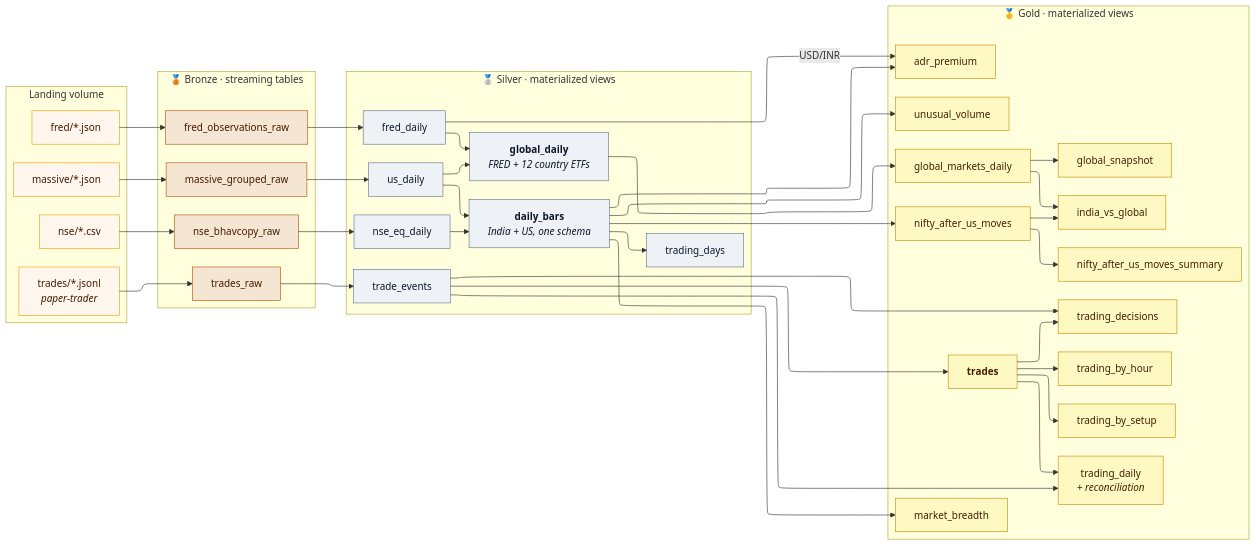
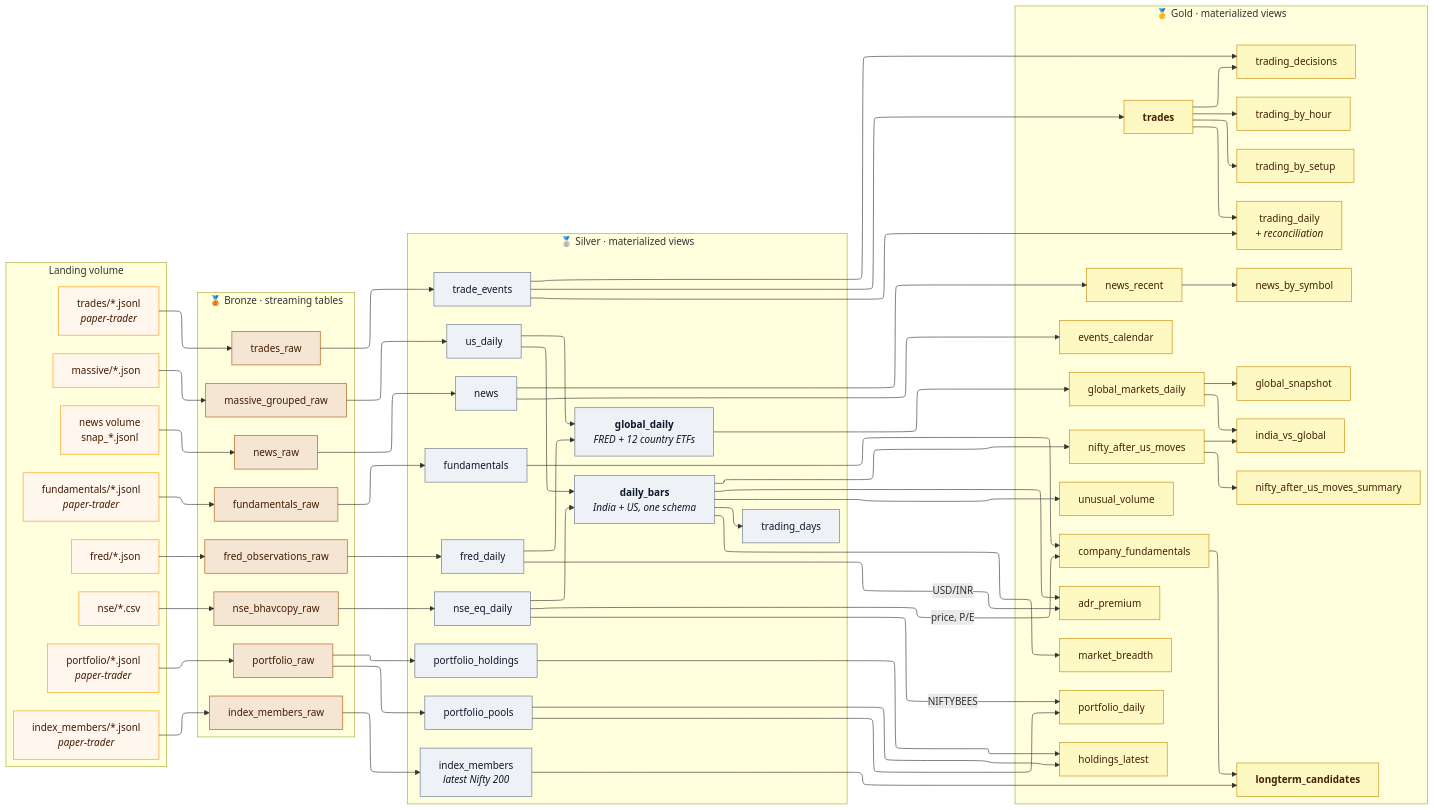
Before and after one commit to bumblebee26/stocks_lakehouse: the diagram in docs/diagrams/03_lineage.mmd, drawn with Mermaid. The commit also changed 18 other files, not shown here.

First line of the commit message:
Docs: news, portfolio, fundamentals and long-term tables in diagrams and docs; dashboard summaries and SQL check

```diff
--- a/docs/diagrams/03_lineage.mmd
+++ b/docs/diagrams/03_lineage.mmd
@@ -1,81 +1,114 @@
 ---
 config:
   layout: elk
   elk:
     mergeEdges: false
     nodePlacementStrategy: NETWORK_SIMPLEX
 ---
 flowchart LR
     subgraph LAND["Landing volume"]
         direction TB
         LN["nse/*.csv"]
         LM["massive/*.json"]
         LF["fred/*.json"]
         LT["trades/*.jsonl<br/><i>paper-trader</i>"]
+        LP["portfolio/*.jsonl<br/><i>paper-trader</i>"]
+        LU["fundamentals/*.jsonl<br/><i>paper-trader</i>"]
+        LI["index_members/*.jsonl<br/><i>paper-trader</i>"]
+        LW["news volume<br/>snap_*.jsonl"]
     end
 
     subgraph B["🥉 Bronze · streaming tables"]
         direction TB
         B1["nse_bhavcopy_raw"]
         B2["massive_grouped_raw"]
         B3["fred_observations_raw"]
         B4["trades_raw"]
+        B5["portfolio_raw"]
+        B6["fundamentals_raw"]
+        B7["index_members_raw"]
+        B8["news_raw"]
     end
 
     subgraph S["🥈 Silver · materialized views"]
         direction TB
         S1["nse_eq_daily"]
         S2["us_daily"]
         S3["<b>daily_bars</b><br/><i>India + US, one schema</i>"]
         S4["trading_days"]
         S5["fred_daily"]
         S6["<b>global_daily</b><br/><i>FRED + 12 country ETFs</i>"]
         S7["trade_events"]
+        S8["portfolio_pools"]
+        S9["portfolio_holdings"]
+        S10["fundamentals"]
+        S11["index_members<br/><i>latest Nifty 200</i>"]
+        S12["news"]
     end
 
     subgraph G["🥇 Gold · materialized views"]
         direction TB
         G1["unusual_volume"]
         G2["market_breadth"]
         G3["nifty_after_us_moves"]
         G4["nifty_after_us_moves_summary"]
         G5["adr_premium"]
         G6["global_markets_daily"]
         G7["global_snapshot"]
         G8["india_vs_global"]
         G9["<b>trades</b>"]
         G10["trading_daily<br/><i>+ reconciliation</i>"]
         G11["trading_by_setup"]
         G12["trading_by_hour"]
         G13["trading_decisions"]
+        G14["portfolio_daily"]
+        G15["holdings_latest"]
+        G16["company_fundamentals"]
+        G17["<b>longterm_candidates</b>"]
+        G18["news_recent"]
+        G19["news_by_symbol"]
+        G20["events_calendar"]
     end
 
     LN --> B1 --> S1 --> S3
     LM --> B2 --> S2 --> S3
     LF --> B3 --> S5 --> S6
     S2 --> S6
     S3 --> S4
     S3 --> G1
     S3 --> G2
     S3 --> G3 --> G4
     S3 --> G5
     S5 -- "USD/INR" --> G5
     S6 --> G6 --> G7
     G6 --> G8
     G3 --> G8
     LT --> B4 --> S7 --> G9
     G9 --> G10
     S7 --> G10
     G9 --> G11
     G9 --> G12
     G9 --> G13
     S7 --> G13
+    LP --> B5
+    B5 --> S8
+    B5 --> S9
+    S8 --> G14
+    S1 -- "NIFTYBEES" --> G14
+    S9 --> G15
+    S8 --> G15
+    LU --> B6 --> S10 --> G16
+    S1 -- "price, P/E" --> G16
+    LI --> B7 --> S11 --> G17
+    G16 --> G17
+    LW --> B8 --> S12 --> G18 --> G19
+    S12 --> G20
 
     classDef land fill:#fff7ed,stroke:#f59e0b,color:#451a03
     classDef bronze fill:#f5e6d3,stroke:#b45309,color:#451a03
     classDef silver fill:#eef2f6,stroke:#64748b,color:#0f172a
     classDef gold fill:#fef9c3,stroke:#ca8a04,color:#422006
-    class LN,LM,LF,LT land
-    class B1,B2,B3,B4 bronze
-    class S1,S2,S3,S4,S5,S6,S7 silver
-    class G1,G2,G3,G4,G5,G6,G7,G8,G9,G10,G11,G12,G13 gold
+    class LN,LM,LF,LT,LP,LU,LI,LW land
+    class B1,B2,B3,B4,B5,B6,B7,B8 bronze
+    class S1,S2,S3,S4,S5,S6,S7,S8,S9,S10,S11,S12 silver
+    class G1,G2,G3,G4,G5,G6,G7,G8,G9,G10,G11,G12,G13,G14,G15,G16,G17,G18,G19,G20 gold
```
